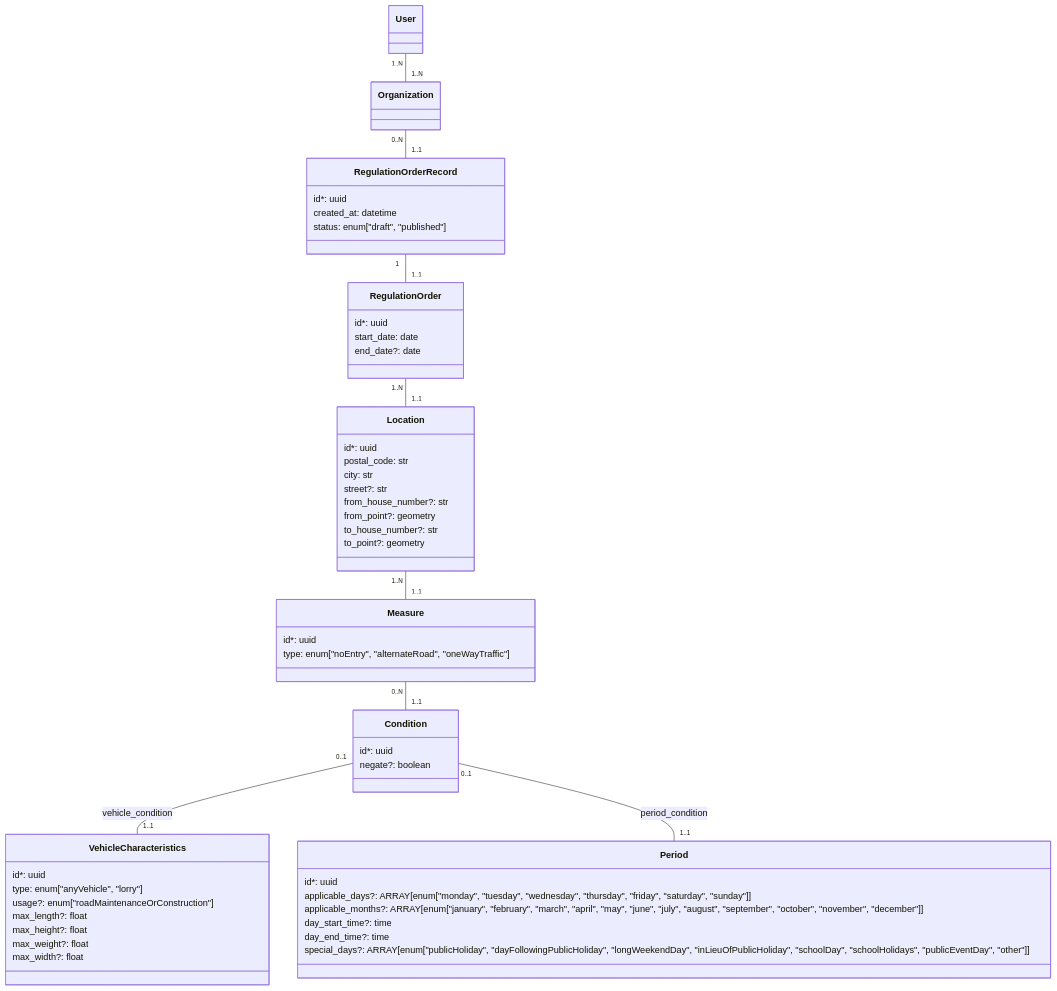
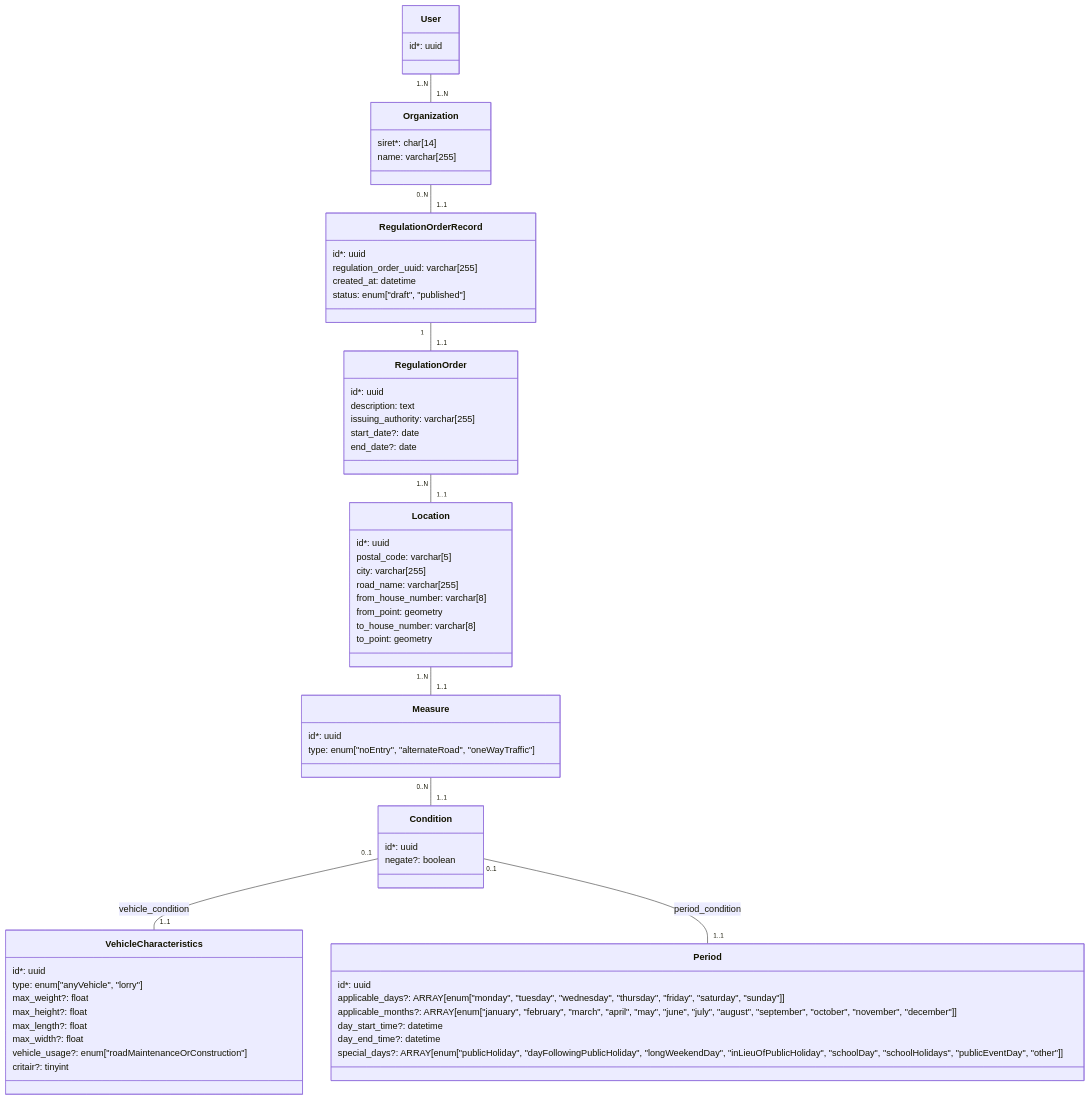
The diagram in docs/adr/002_mcd.md (MTES-MCT/dialog), drawn with Mermaid before and after one commit. The commit also changed other lines of this file, not shown here.

````diff
--- a/docs/adr/002_mcd.md
+++ b/docs/adr/002_mcd.md
@@ -125,69 +19,78 @@
 ```mermaid
 classDiagram
 direction TB
 
-class User
+class User {
+    id*: uuid
+}
 
-class Organization
+class Organization {
+    siret*: char[14]
+    name: varchar[255]
+}
 
 class RegulationOrderRecord {
-  id*: uuid
-  created_at: datetime
-  status: enum["draft", "published"]
+    id*: uuid
+    regulation_order_uuid: varchar[255]
+    created_at: datetime
+    status: enum["draft", "published"]
 }
 
 class RegulationOrder {
-  id*: uuid
-  start_date: date
-  end_date?: date
-}
-
-class Location {
-  id*: uuid
-  postal_code: str
-  city: str
-  street?: str
-  from_house_number?: str
-  from_point?: geometry
-  to_house_number?: str
-  to_point?: geometry
+    id*: uuid
+    description: text
+    issuing_authority: varchar[255]
+    start_date?: date
+    end_date?: date
 }
 
 class Measure {
   id*: uuid
   type: enum["noEntry", "alternateRoad", "oneWayTraffic"]
 }
 
+class VehicleCharacteristics {
+    id*: uuid
+    type: enum["anyVehicle", "lorry"]
+    max_weight?: float
+    max_height?: float
+    max_length?: float
+    max_width?: float
+    vehicle_usage?: enum["roadMaintenanceOrConstruction"]
+    critair?: tinyint
+}
+
+class Location {
+    id*: uuid
+    postal_code: varchar[5]
+    city: varchar[255]
+    road_name: varchar[255]
+    from_house_number: varchar[8]
+    from_point: geometry
+    to_house_number: varchar[8]
+    to_point: geometry
+}
+
 class Condition {
     id*: uuid
     negate?: boolean
-}
-
-class VehicleCharacteristics {
-  id*: uuid
-  type: enum["anyVehicle", "lorry"]
-  usage?: enum["roadMaintenanceOrConstruction"]
-  max_length?: float
-  max_height?: float
-  max_weight?: float
-  max_width?: float
 }
 
 class Period {
     id*: uuid
     applicable_days?: ARRAY[enum["monday", "tuesday", "wednesday", "thursday", "friday", "saturday", "sunday"]]
     applicable_months?: ARRAY[enum["january", "february", "march", "april", "may", "june", "july", "august", "september", "october", "november", "december"]]
-    day_start_time?: time
-    day_end_time?: time
+    day_start_time?: datetime
+    day_end_time?: datetime
     special_days?: ARRAY[enum["publicHoliday", "dayFollowingPublicHoliday", "longWeekendDay", "inLieuOfPublicHoliday", "schoolDay", "schoolHolidays", "publicEventDay", "other"]]
 }
 
 User "1..N" -- "1..N" Organization
 Organization "0..N" -- "1..1" RegulationOrderRecord
 RegulationOrderRecord "1" -- "1..1" RegulationOrder
 RegulationOrder "1..N" -- "1..1" Location
 Location "1..N" -- "1..1" Measure
 Measure "0..N" -- "1..1" Condition
 Condition "0..1" -- "1..1" VehicleCharacteristics : vehicle_condition
 Condition "0..1" -- "1..1" Period : period_condition
 ```
````
